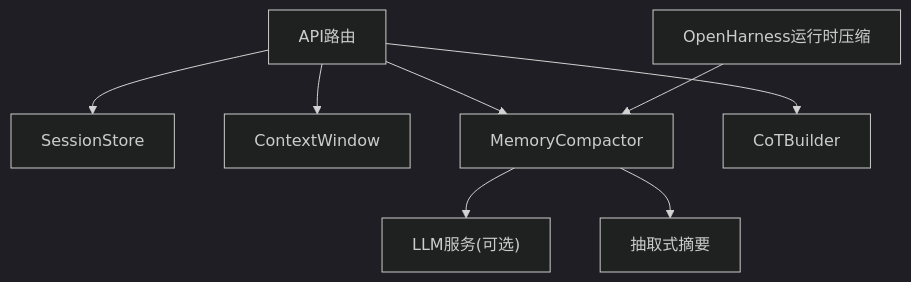
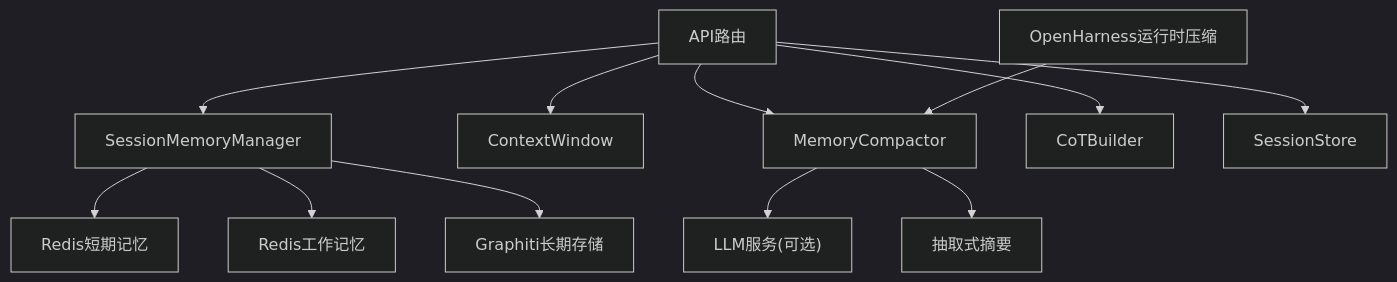
The ninth of 9 diagrams in .qoder/repowiki/zh/content/核心模块/平台支撑模块/会话记忆.md (inier/ontology-graphiti), drawn with Mermaid (dark theme) before and after one commit. The commit also changed other lines of this file and 64 other files, not shown here.

````diff
--- a/.qoder/repowiki/zh/content/核心模块/平台支撑模块/会话记忆.md
+++ b/.qoder/repowiki/zh/content/核心模块/平台支撑模块/会话记忆.md
@@ -306,10 +434,14 @@
 ```mermaid
 graph TB
-API["API路由"] --> SS["SessionStore"]
+API["API路由"] --> MT["SessionMemoryManager"]
+MT --> RST["Redis短期记忆"]
+MT --> RWK["Redis工作记忆"]
+MT --> GPT["Graphiti长期存储"]
 API --> CW["ContextWindow"]
 API --> MC["MemoryCompactor"]
 API --> CB["CoTBuilder"]
+API --> SS["SessionStore"]
 MC --> LLM["LLM服务(可选)"]
 MC --> EX["抽取式摘要"]
 RT["OpenHarness运行时压缩"] --> MC
 ```
````
